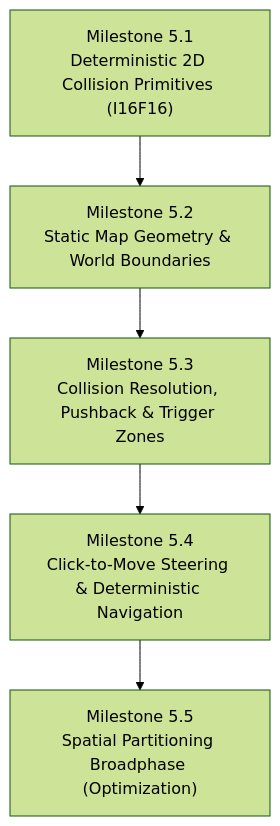
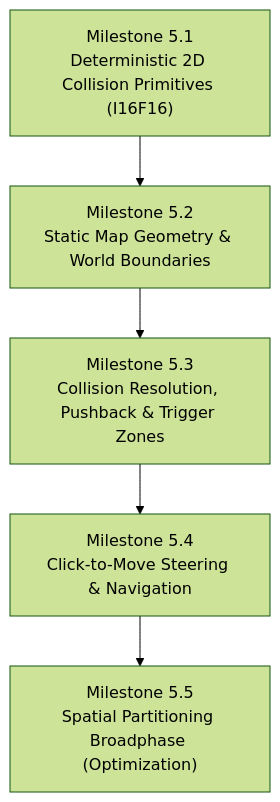
One commit to Loci2D/loci2d changed the diagram in docs/roadmap-specs/phase5-physics-and-collision-spec.md. Above: the diagram before and after it, drawn with Mermaid (forest theme). The commit also changed other lines of this file and 5 other files, not shown here.

````diff
--- a/docs/roadmap-specs/phase5-physics-and-collision-spec.md
+++ b/docs/roadmap-specs/phase5-physics-and-collision-spec.md
@@ -69,7 +69,7 @@
 ```mermaid
 flowchart TD
     M1["Milestone 5.1<br>Deterministic 2D Collision Primitives (I16F16)"] --> M2["Milestone 5.2<br>Static Map Geometry & World Boundaries"]
     M2 --> M3["Milestone 5.3<br>Collision Resolution, Pushback & Trigger Zones"]
-    M3 --> M4["Milestone 5.4<br>Click-to-Move Steering & Deterministic Navigation"]
+    M3 --> M4["Milestone 5.4<br>Click-to-Move Steering & Navigation"]
     M4 --> M5["Milestone 5.5<br>Spatial Partitioning Broadphase (Optimization)"]
 ```
````
